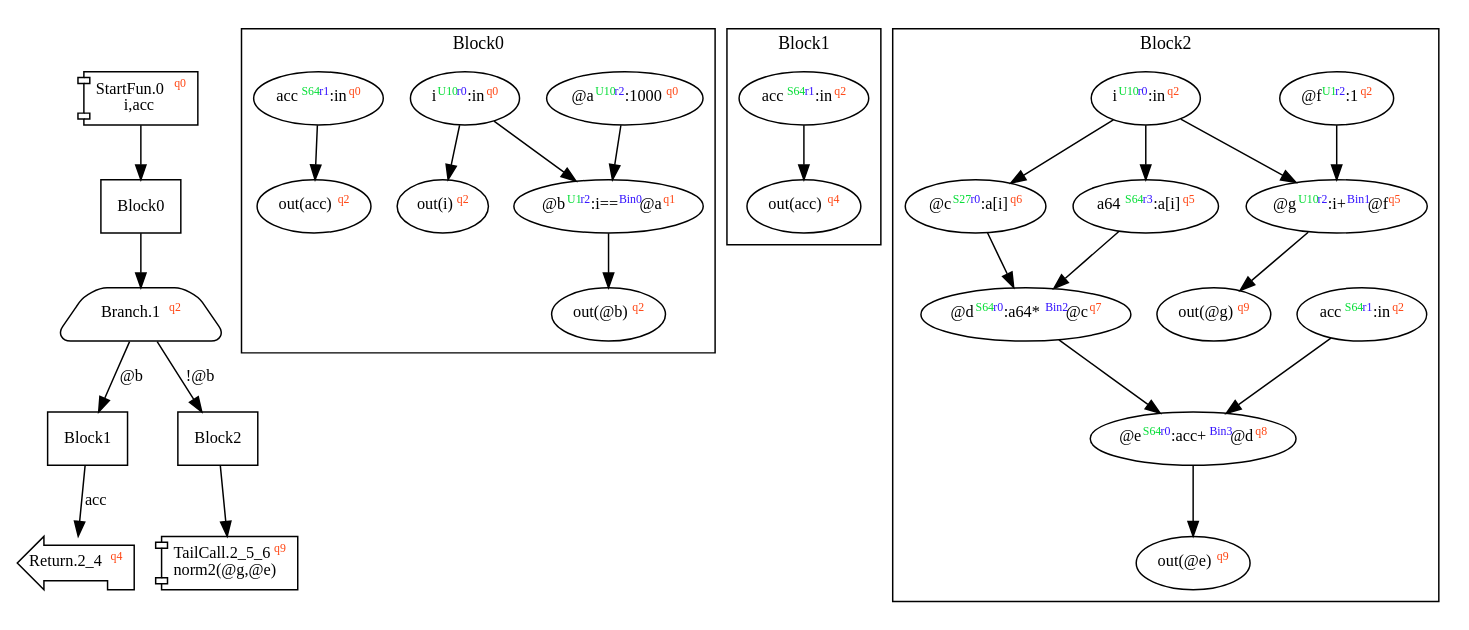
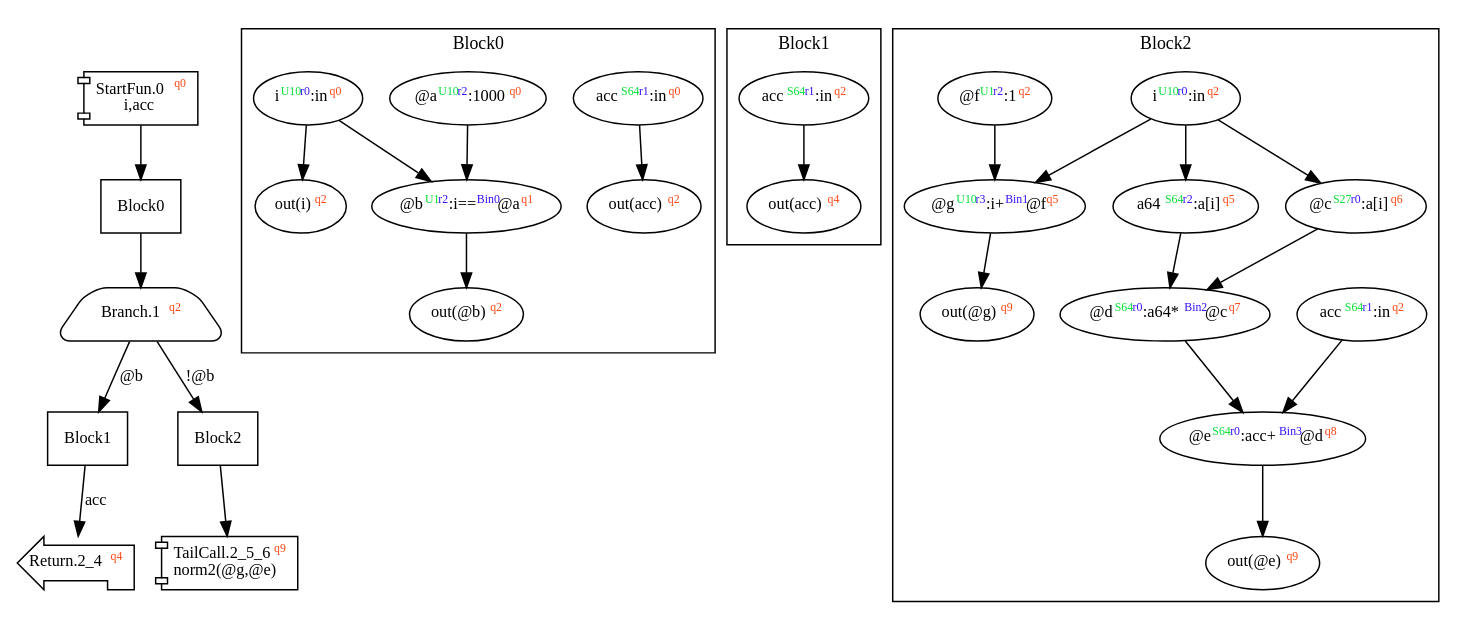
The diagram in dist/norm2.dot (akouryy/SyntheScala), drawn with Graphviz before and after one commit. The commit also changed 15 other files, not shown here.

```diff
--- a/dist/norm2.dot
+++ b/dist/norm2.dot
@@ -1,46 +1,46 @@
 digraph Program_ {
 graph [fontname = "Monaco", fontsize = 12, ranksep = 0.5];
 node [shape = box, fontname = "Monaco", fontsize = 11; colorscheme = pastel19];
 edge [fontname = "Monaco", fontsize = 11; colorscheme = pastel19];
 Jump0[label = <StartFun.0<font color="#ff4411" point-size="8"><sup>q0</sup></font><br/>i,acc>; shape = component];
 Jump0 -> Block0;
 Jump1[
   label = <Branch.1<font color="#ff4411" point-size="8"><sup>q2</sup></font>>;
   shape = trapezium; style = rounded;
 ];
 Block0 -> Jump1;
 Jump1 -> Block1 [label="@b"];
 Jump1 -> Block2 [label="!@b"];
 Jump2_4[label = <Return.2_4<font color="#ff4411" point-size="8"><sup>q4</sup></font>>; shape = lpromoter];
 Block1 -> Jump2_4 [label="acc"];
 Jump2_5_6[label = <TailCall.2_5_6<font color="#ff4411" point-size="8"><sup>q9</sup></font><br/>norm2(@g,@e)>; shape = component];
 Block2 -> Jump2_5_6;
 Block0 [label = "Block0"];
 Block1 [label = "Block1"];
 Block2 [label = "Block2"];
 subgraph cluster_dfg_Block0{
 node [shape = oval];
 label = "Block0";
-ndBlock0_0 [label=<out(acc)<font color="#ff4411" point-size="8"><sup>q2</sup></font>>];ndBlock0_1 [label=<i<font color="#00dd33" point-size="8"><sup>U10</sup></font><font color="#3311ff" point-size="8"><sup>r0</sup></font>:in<font color="#ff4411" point-size="8"><sup>q0</sup></font>>];ndBlock0_2 [label=<out(@b)<font color="#ff4411" point-size="8"><sup>q2</sup></font>>];ndBlock0_3 [label=<@a<font color="#00dd33" point-size="8"><sup>U10</sup></font><font color="#3311ff" point-size="8"><sup>r2</sup></font>:1000<font color="#ff4411" point-size="8"><sup>q0</sup></font>>];ndBlock0_4 [label=<out(i)<font color="#ff4411" point-size="8"><sup>q2</sup></font>>];ndBlock0_5 [label=<@b<font color="#00dd33" point-size="8"><sup>U1</sup></font><font color="#3311ff" point-size="8"><sup>r2</sup></font>:i==<font color="#3311ff" point-size="8"><sup>Bin0</sup></font>@a<font color="#ff4411" point-size="8"><sup>q1</sup></font>>];ndBlock0_6 [label=<acc<font color="#00dd33" point-size="8"><sup>S64</sup></font><font color="#3311ff" point-size="8"><sup>r1</sup></font>:in<font color="#ff4411" point-size="8"><sup>q0</sup></font>>];ndBlock0_6 -> ndBlock0_0;
-ndBlock0_1 -> ndBlock0_5;
-ndBlock0_3 -> ndBlock0_5;
-ndBlock0_5 -> ndBlock0_2;
-ndBlock0_1 -> ndBlock0_4;
+ndBlock0_0 [label=<out(acc)<font color="#ff4411" point-size="8"><sup>q2</sup></font>>];ndBlock0_1 [label=<acc<font color="#00dd33" point-size="8"><sup>S64</sup></font><font color="#3311ff" point-size="8"><sup>r1</sup></font>:in<font color="#ff4411" point-size="8"><sup>q0</sup></font>>];ndBlock0_2 [label=<i<font color="#00dd33" point-size="8"><sup>U10</sup></font><font color="#3311ff" point-size="8"><sup>r0</sup></font>:in<font color="#ff4411" point-size="8"><sup>q0</sup></font>>];ndBlock0_3 [label=<out(@b)<font color="#ff4411" point-size="8"><sup>q2</sup></font>>];ndBlock0_4 [label=<@a<font color="#00dd33" point-size="8"><sup>U10</sup></font><font color="#3311ff" point-size="8"><sup>r2</sup></font>:1000<font color="#ff4411" point-size="8"><sup>q0</sup></font>>];ndBlock0_5 [label=<out(i)<font color="#ff4411" point-size="8"><sup>q2</sup></font>>];ndBlock0_6 [label=<@b<font color="#00dd33" point-size="8"><sup>U1</sup></font><font color="#3311ff" point-size="8"><sup>r2</sup></font>:i==<font color="#3311ff" point-size="8"><sup>Bin0</sup></font>@a<font color="#ff4411" point-size="8"><sup>q1</sup></font>>];ndBlock0_1 -> ndBlock0_0;
+ndBlock0_6 -> ndBlock0_3;
+ndBlock0_2 -> ndBlock0_5;
+ndBlock0_2 -> ndBlock0_6;
+ndBlock0_4 -> ndBlock0_6;
 }subgraph cluster_dfg_Block1{
 node [shape = oval];
 label = "Block1";
 ndBlock1_0 [label=<acc<font color="#00dd33" point-size="8"><sup>S64</sup></font><font color="#3311ff" point-size="8"><sup>r1</sup></font>:in<font color="#ff4411" point-size="8"><sup>q2</sup></font>>];ndBlock1_1 [label=<out(acc)<font color="#ff4411" point-size="8"><sup>q4</sup></font>>];ndBlock1_0 -> ndBlock1_1;
 }subgraph cluster_dfg_Block2{
 node [shape = oval];
 label = "Block2";
-ndBlock2_0 [label=<@c<font color="#00dd33" point-size="8"><sup>S27</sup></font><font color="#3311ff" point-size="8"><sup>r0</sup></font>:a[i]<font color="#ff4411" point-size="8"><sup>q6</sup></font>>];ndBlock2_1 [label=<a64<font color="#00dd33" point-size="8"><sup>S64</sup></font><font color="#3311ff" point-size="8"><sup>r3</sup></font>:a[i]<font color="#ff4411" point-size="8"><sup>q5</sup></font>>];ndBlock2_2 [label=<out(@e)<font color="#ff4411" point-size="8"><sup>q9</sup></font>>];ndBlock2_3 [label=<acc<font color="#00dd33" point-size="8"><sup>S64</sup></font><font color="#3311ff" point-size="8"><sup>r1</sup></font>:in<font color="#ff4411" point-size="8"><sup>q2</sup></font>>];ndBlock2_4 [label=<@g<font color="#00dd33" point-size="8"><sup>U10</sup></font><font color="#3311ff" point-size="8"><sup>r2</sup></font>:i+<font color="#3311ff" point-size="8"><sup>Bin1</sup></font>@f<font color="#ff4411" point-size="8"><sup>q5</sup></font>>];ndBlock2_5 [label=<@f<font color="#00dd33" point-size="8"><sup>U1</sup></font><font color="#3311ff" point-size="8"><sup>r2</sup></font>:1<font color="#ff4411" point-size="8"><sup>q2</sup></font>>];ndBlock2_6 [label=<i<font color="#00dd33" point-size="8"><sup>U10</sup></font><font color="#3311ff" point-size="8"><sup>r0</sup></font>:in<font color="#ff4411" point-size="8"><sup>q2</sup></font>>];ndBlock2_7 [label=<@d<font color="#00dd33" point-size="8"><sup>S64</sup></font><font color="#3311ff" point-size="8"><sup>r0</sup></font>:a64*<font color="#3311ff" point-size="8"><sup>Bin2</sup></font>@c<font color="#ff4411" point-size="8"><sup>q7</sup></font>>];ndBlock2_8 [label=<@e<font color="#00dd33" point-size="8"><sup>S64</sup></font><font color="#3311ff" point-size="8"><sup>r0</sup></font>:acc+<font color="#3311ff" point-size="8"><sup>Bin3</sup></font>@d<font color="#ff4411" point-size="8"><sup>q8</sup></font>>];ndBlock2_9 [label=<out(@g)<font color="#ff4411" point-size="8"><sup>q9</sup></font>>];ndBlock2_4 -> ndBlock2_9;
-ndBlock2_6 -> ndBlock2_1;
-ndBlock2_5 -> ndBlock2_4;
-ndBlock2_6 -> ndBlock2_4;
-ndBlock2_3 -> ndBlock2_8;
-ndBlock2_7 -> ndBlock2_8;
-ndBlock2_8 -> ndBlock2_2;
-ndBlock2_0 -> ndBlock2_7;
-ndBlock2_1 -> ndBlock2_7;
-ndBlock2_6 -> ndBlock2_0;
+ndBlock2_0 [label=<@c<font color="#00dd33" point-size="8"><sup>S27</sup></font><font color="#3311ff" point-size="8"><sup>r0</sup></font>:a[i]<font color="#ff4411" point-size="8"><sup>q6</sup></font>>];ndBlock2_1 [label=<a64<font color="#00dd33" point-size="8"><sup>S64</sup></font><font color="#3311ff" point-size="8"><sup>r2</sup></font>:a[i]<font color="#ff4411" point-size="8"><sup>q5</sup></font>>];ndBlock2_2 [label=<out(@e)<font color="#ff4411" point-size="8"><sup>q9</sup></font>>];ndBlock2_3 [label=<@d<font color="#00dd33" point-size="8"><sup>S64</sup></font><font color="#3311ff" point-size="8"><sup>r0</sup></font>:a64*<font color="#3311ff" point-size="8"><sup>Bin2</sup></font>@c<font color="#ff4411" point-size="8"><sup>q7</sup></font>>];ndBlock2_4 [label=<acc<font color="#00dd33" point-size="8"><sup>S64</sup></font><font color="#3311ff" point-size="8"><sup>r1</sup></font>:in<font color="#ff4411" point-size="8"><sup>q2</sup></font>>];ndBlock2_5 [label=<i<font color="#00dd33" point-size="8"><sup>U10</sup></font><font color="#3311ff" point-size="8"><sup>r0</sup></font>:in<font color="#ff4411" point-size="8"><sup>q2</sup></font>>];ndBlock2_6 [label=<out(@g)<font color="#ff4411" point-size="8"><sup>q9</sup></font>>];ndBlock2_7 [label=<@e<font color="#00dd33" point-size="8"><sup>S64</sup></font><font color="#3311ff" point-size="8"><sup>r0</sup></font>:acc+<font color="#3311ff" point-size="8"><sup>Bin3</sup></font>@d<font color="#ff4411" point-size="8"><sup>q8</sup></font>>];ndBlock2_8 [label=<@f<font color="#00dd33" point-size="8"><sup>U1</sup></font><font color="#3311ff" point-size="8"><sup>r2</sup></font>:1<font color="#ff4411" point-size="8"><sup>q2</sup></font>>];ndBlock2_9 [label=<@g<font color="#00dd33" point-size="8"><sup>U10</sup></font><font color="#3311ff" point-size="8"><sup>r3</sup></font>:i+<font color="#3311ff" point-size="8"><sup>Bin1</sup></font>@f<font color="#ff4411" point-size="8"><sup>q5</sup></font>>];ndBlock2_9 -> ndBlock2_6;
+ndBlock2_5 -> ndBlock2_1;
+ndBlock2_7 -> ndBlock2_2;
+ndBlock2_0 -> ndBlock2_3;
+ndBlock2_1 -> ndBlock2_3;
+ndBlock2_3 -> ndBlock2_7;
+ndBlock2_4 -> ndBlock2_7;
+ndBlock2_5 -> ndBlock2_0;
+ndBlock2_5 -> ndBlock2_9;
+ndBlock2_8 -> ndBlock2_9;
 }}
```
